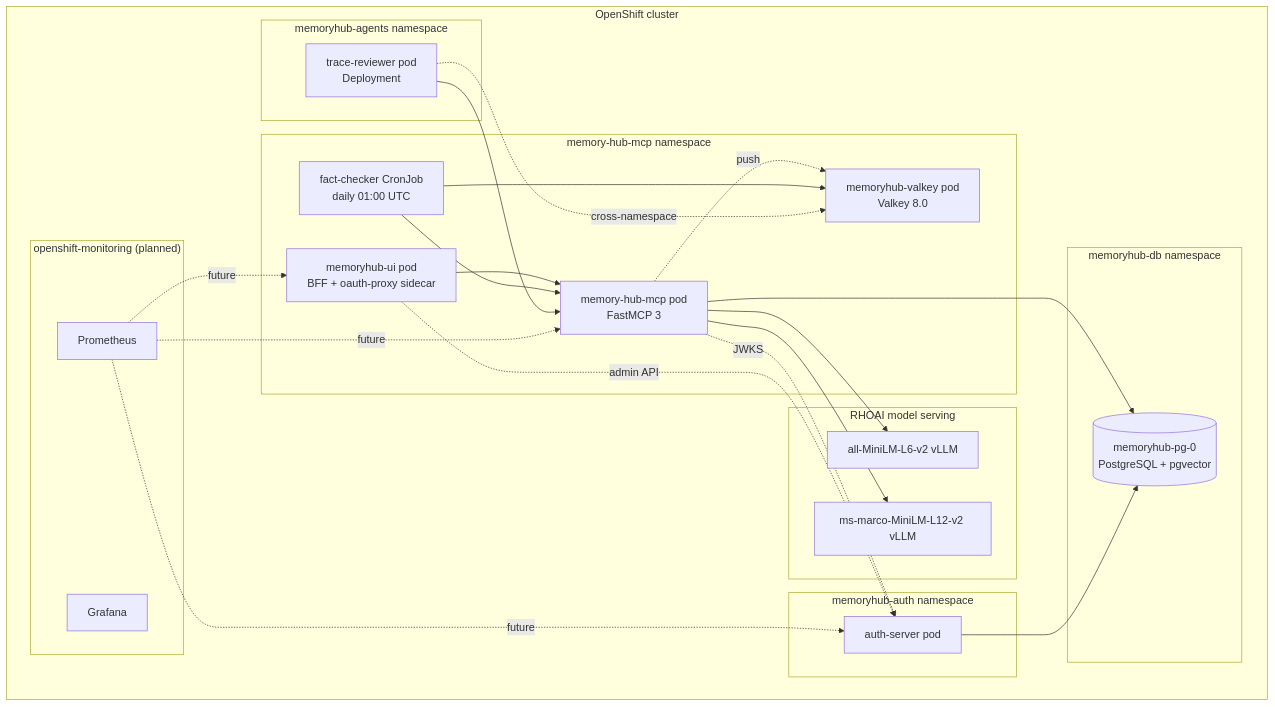
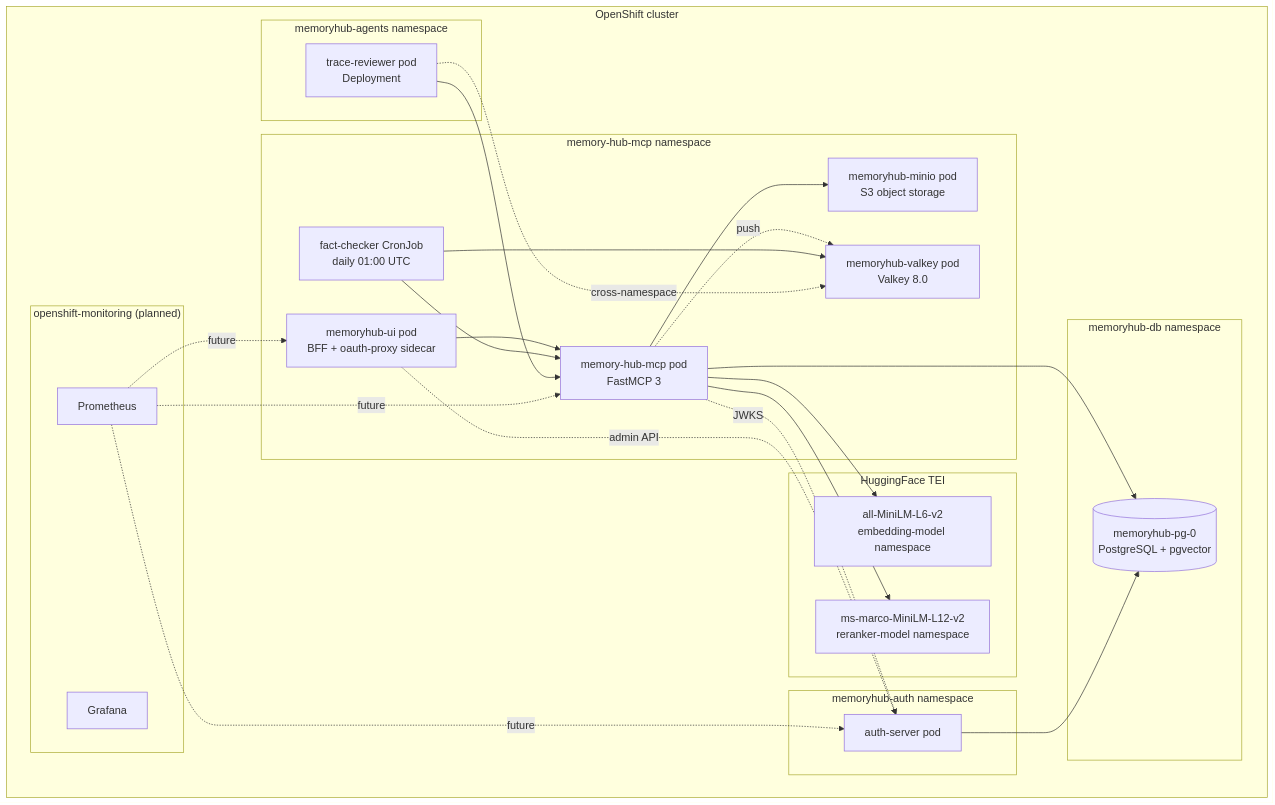
Before and after one commit to redhat-ai-americas/memory-hub: the fifth of 5 diagrams in docs/ARCHITECTURE.md, drawn with Mermaid. The commit also changed other lines of this file, not shown here.

First line of the commit message:
docs: Fix ARCHITECTURE.md -- TEI not vLLM, add MinIO/S3, update shipped status

````diff
--- a/docs/ARCHITECTURE.md
+++ b/docs/ARCHITECTURE.md
@@ -237,49 +242,51 @@
 ```mermaid
 graph TB
     subgraph "OpenShift cluster"
         subgraph "memory-hub-mcp namespace"
             MCP_POD[memory-hub-mcp pod<br/>FastMCP 3]
             UI_POD[memoryhub-ui pod<br/>BFF + oauth-proxy sidecar]
             VK_POD[memoryhub-valkey pod<br/>Valkey 8.0]
+            MINIO_POD[memoryhub-minio pod<br/>S3 object storage]
             FC_JOB[fact-checker CronJob<br/>daily 01:00 UTC]
         end
 
         subgraph "memoryhub-agents namespace"
             TR_POD[trace-reviewer pod<br/>Deployment]
         end
 
         subgraph "memoryhub-auth namespace"
             AUTH_POD[auth-server pod]
         end
 
         subgraph "memoryhub-db namespace"
             PG_POD[(memoryhub-pg-0<br/>PostgreSQL + pgvector)]
         end
 
-        subgraph "RHOAI model serving"
-            EMB[all-MiniLM-L6-v2 vLLM]
-            RR[ms-marco-MiniLM-L12-v2 vLLM]
+        subgraph "HuggingFace TEI"
+            EMB[all-MiniLM-L6-v2<br/>embedding-model namespace]
+            RR[ms-marco-MiniLM-L12-v2<br/>reranker-model namespace]
         end
 
         subgraph "openshift-monitoring (planned)"
             PROM[Prometheus]
             GRAF[Grafana]
         end
     end
 
     MCP_POD --> PG_POD
+    MCP_POD --> MINIO_POD
     MCP_POD --> EMB
     MCP_POD --> RR
     MCP_POD -. JWKS .-> AUTH_POD
     MCP_POD -. push .-> VK_POD
     UI_POD --> MCP_POD
     UI_POD -. admin API .-> AUTH_POD
     AUTH_POD --> PG_POD
 
     FC_JOB --> MCP_POD
     FC_JOB --> VK_POD
     TR_POD --> MCP_POD
     TR_POD -. cross-namespace .-> VK_POD
 
     PROM -. future .-> MCP_POD & UI_POD & AUTH_POD
 ```
````
